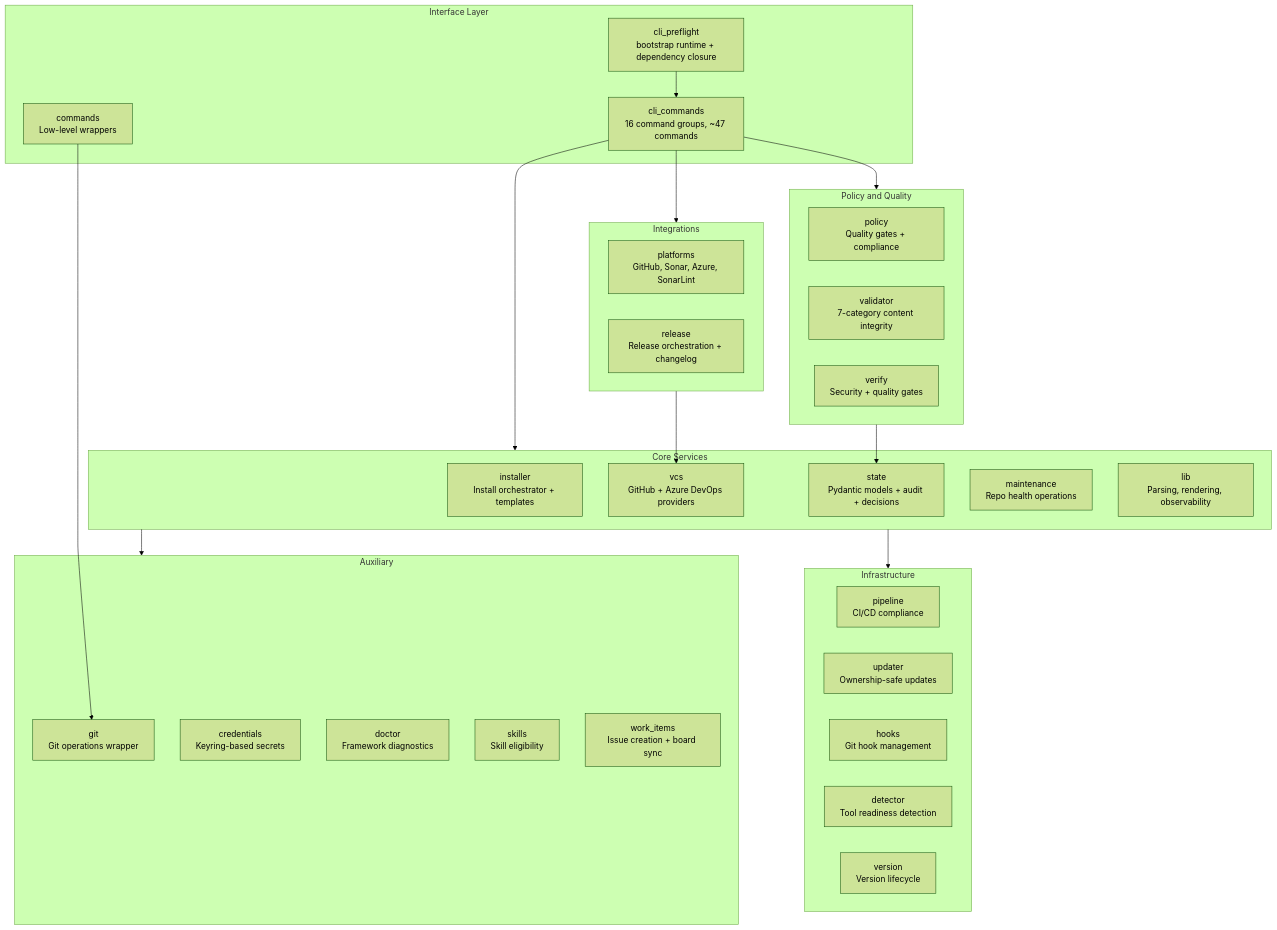
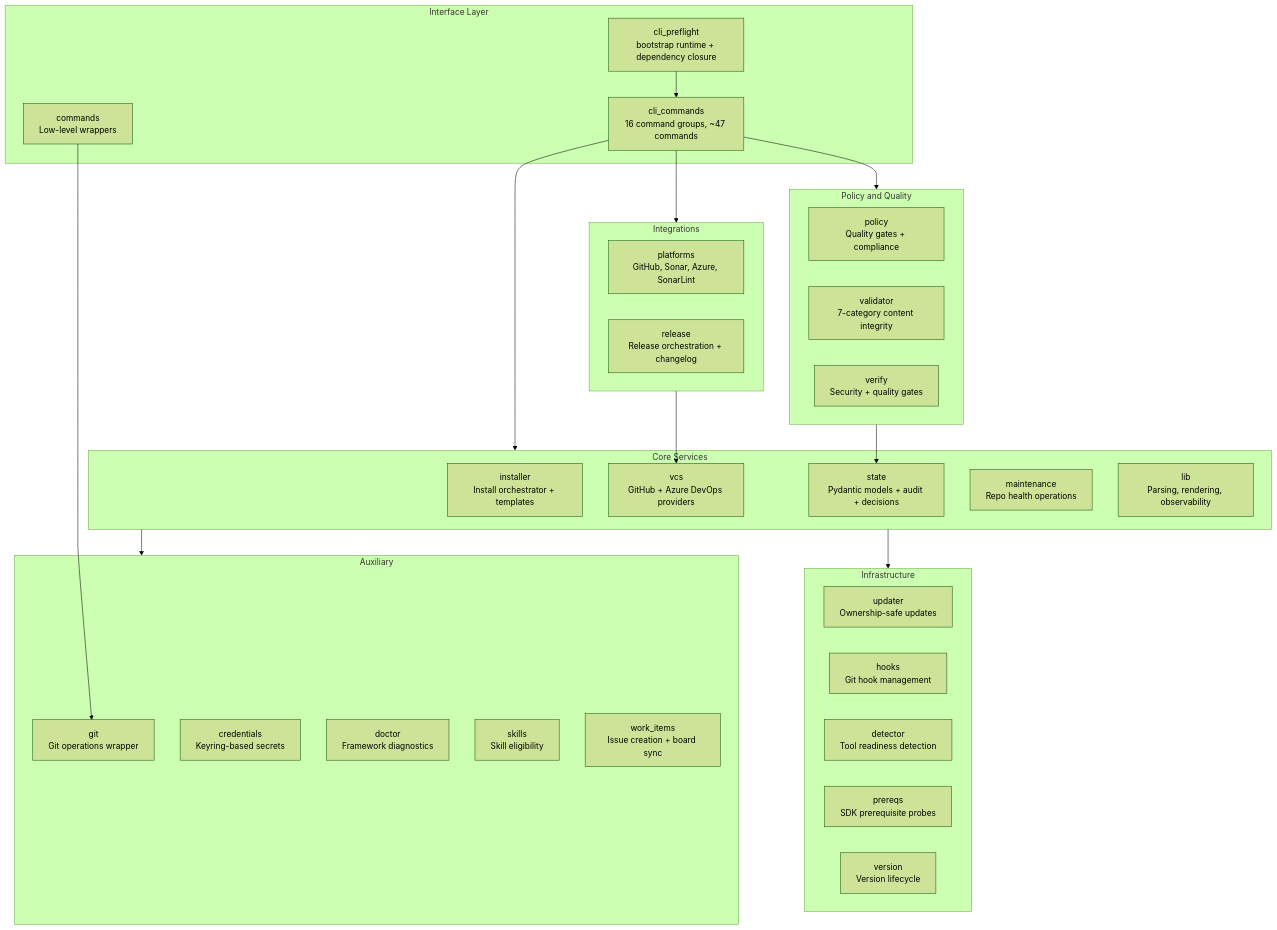
The fourth of 10 diagrams in .ai-engineering/solution-intent.md (arcasilesgroup/ai-engineering), drawn with Mermaid (forest theme) before and after one commit. The commit also changed other lines of this file and 1 other file, not shown here.

````diff
--- a/.ai-engineering/solution-intent.md
+++ b/.ai-engineering/solution-intent.md
@@ -233,53 +233,53 @@
 ```mermaid
 graph TB
     subgraph CLI["Interface Layer"]
         cli_preflight["cli_preflight<br/>bootstrap runtime + dependency closure"]
         cli_commands["cli_commands<br/>16 command groups, ~47 commands"]
         commands["commands<br/>Low-level wrappers"]
     end
 
     subgraph Core["Core Services"]
         installer["installer<br/>Install orchestrator + templates"]
         vcs["vcs<br/>GitHub + Azure DevOps providers"]
         state["state<br/>Pydantic models + audit + decisions"]
         maintenance["maintenance<br/>Repo health operations"]
         lib["lib<br/>Parsing, rendering, observability"]
     end
 
     subgraph Policy["Policy and Quality"]
         policy["policy<br/>Quality gates + compliance"]
         validator["validator<br/>7-category content integrity"]
         verify["verify<br/>Security + quality gates"]
     end
 
     subgraph Platform["Integrations"]
         platforms["platforms<br/>GitHub, Sonar, Azure, SonarLint"]
         release["release<br/>Release orchestration + changelog"]
     end
 
     subgraph Infra["Infrastructure"]
-        pipeline["pipeline<br/>CI/CD compliance"]
         updater["updater<br/>Ownership-safe updates"]
         hooks["hooks<br/>Git hook management"]
         detector["detector<br/>Tool readiness detection"]
+        prereqs["prereqs<br/>SDK prerequisite probes"]
         version["version<br/>Version lifecycle"]
     end
 
     subgraph Auxiliary["Auxiliary"]
         git_ops["git<br/>Git operations wrapper"]
         credentials["credentials<br/>Keyring-based secrets"]
         doctor["doctor<br/>Framework diagnostics"]
         skills_mod["skills<br/>Skill eligibility"]
         work_items["work_items<br/>Issue creation + board sync"]
     end
 
     cli_preflight --> cli_commands
     cli_commands --> Core
     cli_commands --> Policy
     cli_commands --> Platform
     commands --> git_ops
     Core --> Infra
     Core --> Auxiliary
     Policy --> state
     Platform --> vcs
 ```
````
